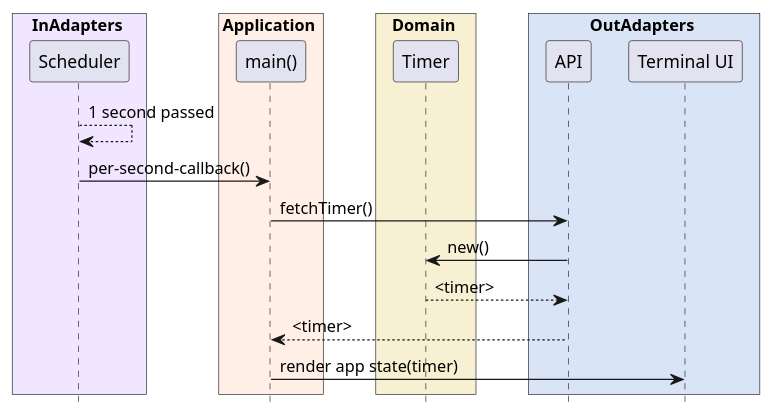
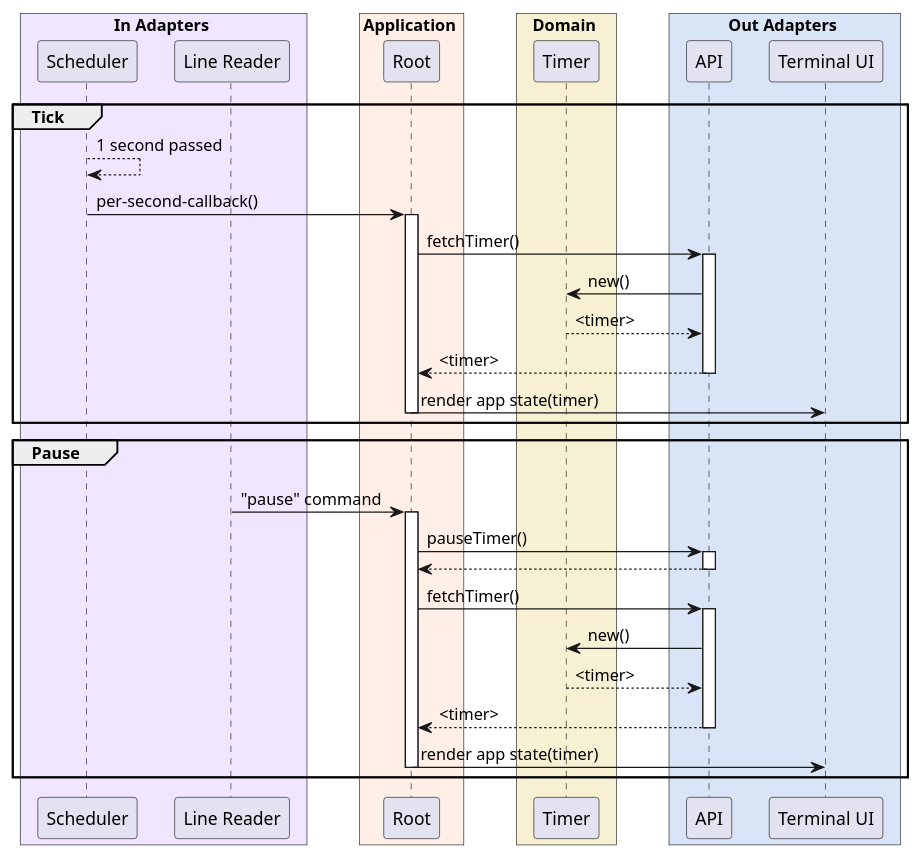
One commit to Suigi/conductor changed the diagram in diagrams/RemoteTimer.puml. Above: the diagram before and after it, drawn with PlantUML.

Commit message:
Added "Pause timer" use case to RemoteTimer.puml

```diff
--- a/diagrams/RemoteTimer.puml
+++ b/diagrams/RemoteTimer.puml
@@ -1,26 +1,53 @@
 @startuml
 'https://plantuml.com/sequence-diagram
 
-footbox off
 skinparam ParticipantPadding 10
 skinparam BoxPadding 20
 
-box InAdapters #F1E6FF
+box In Adapters #F1E6FF
 participant Scheduler as scheduler
+participant "Line Reader" as reader
 box Application #FFEFE6
-participant "main()" as main
+participant "Root" as root
 box Domain #F7F0D2
 participant Timer as timer
-box OutAdapters #DAE4F7
+box Out Adapters #DAE4F7
 participant "API" as api
 participant "Terminal UI" as tui
 
+group Tick
 scheduler --> scheduler: 1 second passed
-scheduler -> main: per-second-callback()
-main -> api: fetchTimer()
+scheduler -> root: per-second-callback()
+activate root
+root -> api: fetchTimer()
+activate api
 api -> timer: new()
 api <-- timer: <timer>
-main <-- api: <timer>
-main -> tui: render app state(timer)
+return <timer>
+'root <-- api: <timer>
+'deactivate api
+root -> tui: render app state(timer)
+deactivate root
+end
+
+group Pause
+' make the box span the full width
+scheduler -[hidden]-> tui
+
+reader -> root: "pause" command
+activate root
+root -> api: pauseTimer()
+activate api
+return
+root -> api: fetchTimer()
+activate api
+api -> timer: new()
+api <-- timer: <timer>
+return <timer>
+root -> tui: render app state(timer)
+deactivate root
+
+end
+
 
 @enduml
```
